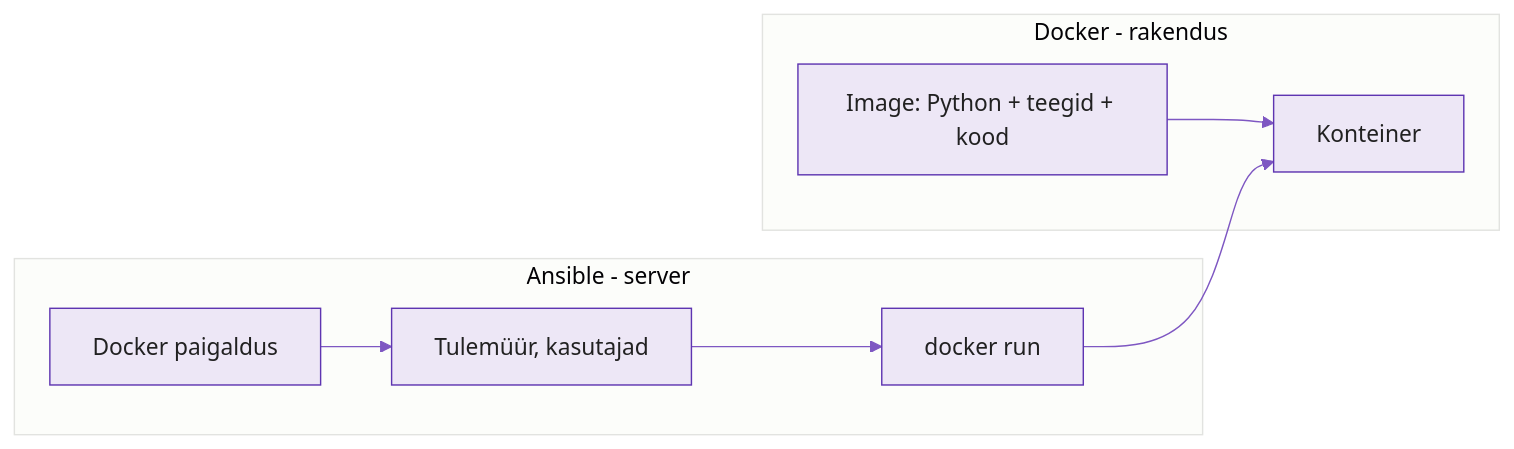
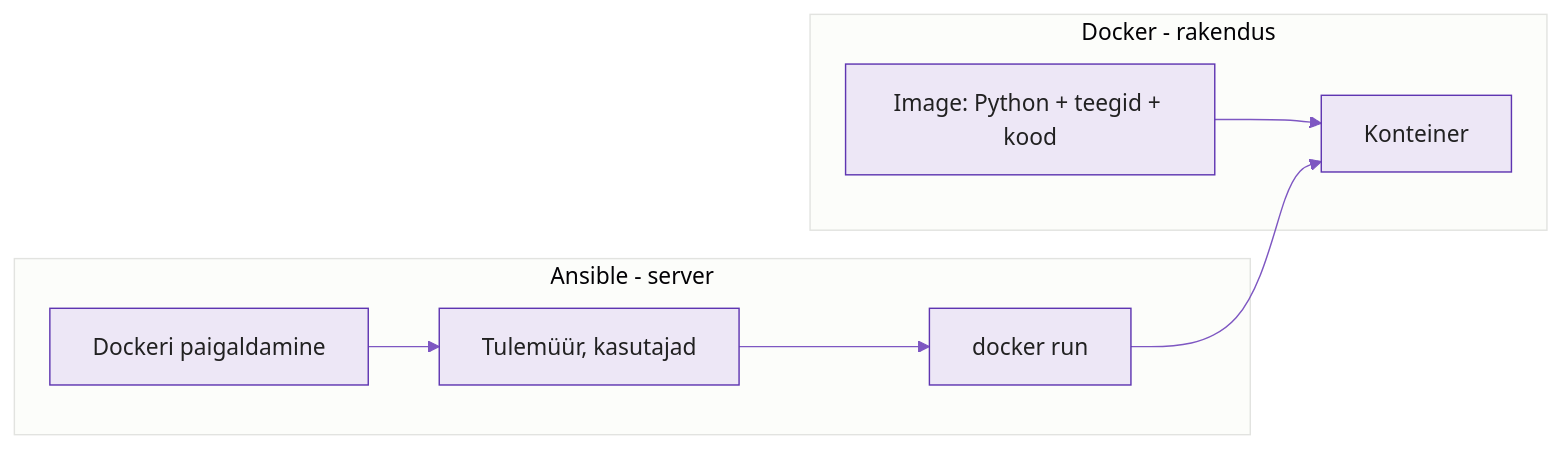
One commit to hkhk-automation/devops changed the fifth of 5 diagrams in docs/week05/lecture.md. Above: the diagram before and after it, drawn with Mermaid. The commit also changed other lines of this file and 1 other file, not shown here.

````diff
--- a/docs/week05/lecture.md
+++ b/docs/week05/lecture.md
@@ -422,11 +423,11 @@
 ```mermaid
 %%{init: {'theme':'base','themeVariables':{'primaryColor':'#ede7f6','primaryBorderColor':'#5e35b1','primaryTextColor':'#212121','lineColor':'#7e57c2'}}}%%
 graph LR
     subgraph Ansible[Ansible - server]
-      P1[Docker paigaldus] --> P2[Tulemüür, kasutajad] --> P3[docker run]
+      P1[Dockeri paigaldamine] --> P2[Tulemüür, kasutajad] --> P3[docker run]
     end
     subgraph Docker[Docker - rakendus]
       I[Image: Python + teegid + kood] --> C[Konteiner]
     end
     P3 --> C
 ```
````
